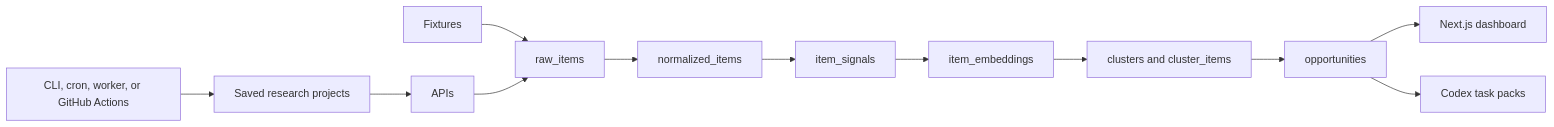
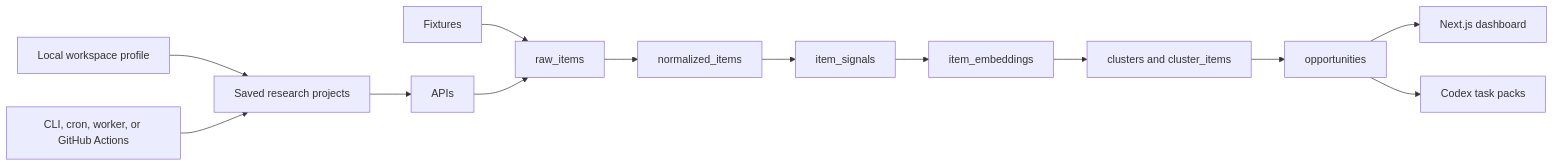
The first of 2 diagrams in docs/architecture.md (Yurii201811/tasksignal), drawn with Mermaid before and after one commit. The commit also changed other lines of this file and 14 other files, not shown here.

Commit message:
Add single-user local workspace mode

````diff
--- a/docs/architecture.md
+++ b/docs/architecture.md
@@ -24,14 +24,15 @@
 ```mermaid
 flowchart LR
   Fixtures --> Raw[raw_items]
   APIs --> Raw
   Raw --> Normalized[normalized_items]
   Normalized --> Signals[item_signals]
   Signals --> Embeddings[item_embeddings]
   Embeddings --> Clusters[clusters and cluster_items]
   Clusters --> Opportunities[opportunities]
   Opportunities --> Dashboard[Next.js dashboard]
   Opportunities --> TaskPacks[Codex task packs]
+  Workspace[Local workspace profile] --> Projects
   Projects[Saved research projects] --> APIs
   Scheduler[CLI, cron, worker, or GitHub Actions] --> Projects
 ```
````
